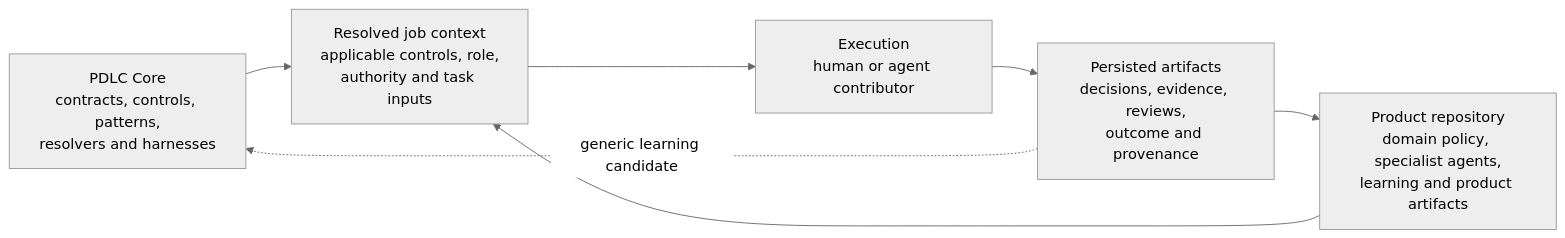
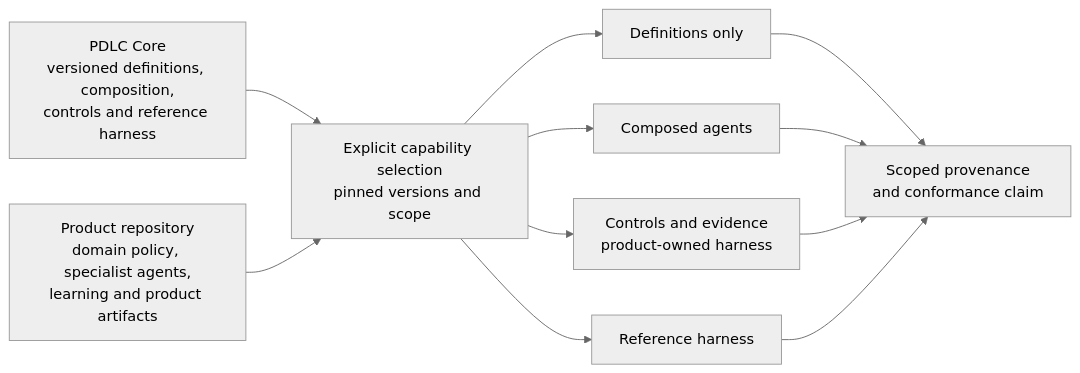
Before and after one commit to vadhoob90/Software_Creator_Core: the diagram in docs/architecture/README.md, drawn with Mermaid (neutral theme). The commit also changed other lines of this file, not shown here.

Commit message:
Align architecture overview with consumption modes

````diff
--- a/docs/architecture/README.md
+++ b/docs/architecture/README.md
@@ -24,15 +24,22 @@
 ```mermaid
 flowchart LR
-    C["PDLC Core<br/>contracts, controls, patterns,<br/>resolvers and harnesses"]
+    C["PDLC Core<br/>versioned definitions, composition,<br/>controls and reference harness"]
     P["Product repository<br/>domain policy, specialist agents,<br/>learning and product artifacts"]
-    R["Resolved job context<br/>applicable controls, role,<br/>authority and task inputs"]
-    E["Execution<br/>human or agent contributor"]
-    A["Persisted artifacts<br/>decisions, evidence, reviews,<br/>outcome and provenance"]
+    S["Explicit capability selection<br/>pinned versions and scope"]
+    D["Definitions only"]
+    A["Composed agents"]
+    E["Controls and evidence<br/>product-owned harness"]
+    H["Reference harness"]
+    O["Scoped provenance<br/>and conformance claim"]
 
-    C --> R
-    P --> R
-    R --> E
-    E --> A
-    A --> P
-    A -. "generic learning candidate" .-> C
+    C --> S
+    P --> S
+    S --> D
+    S --> A
+    S --> E
+    S --> H
+    D --> O
+    A --> O
+    E --> O
+    H --> O
 ```
````
